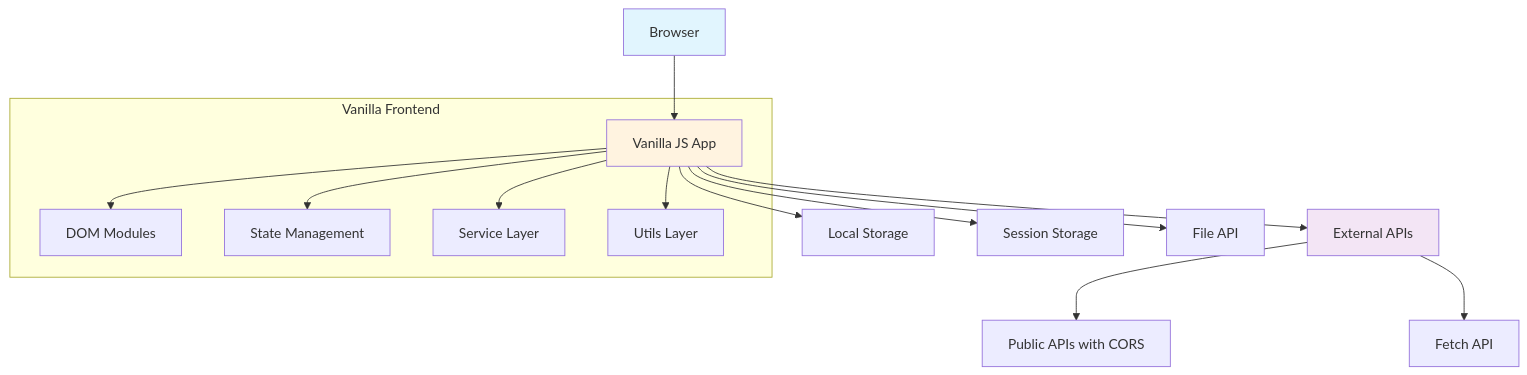
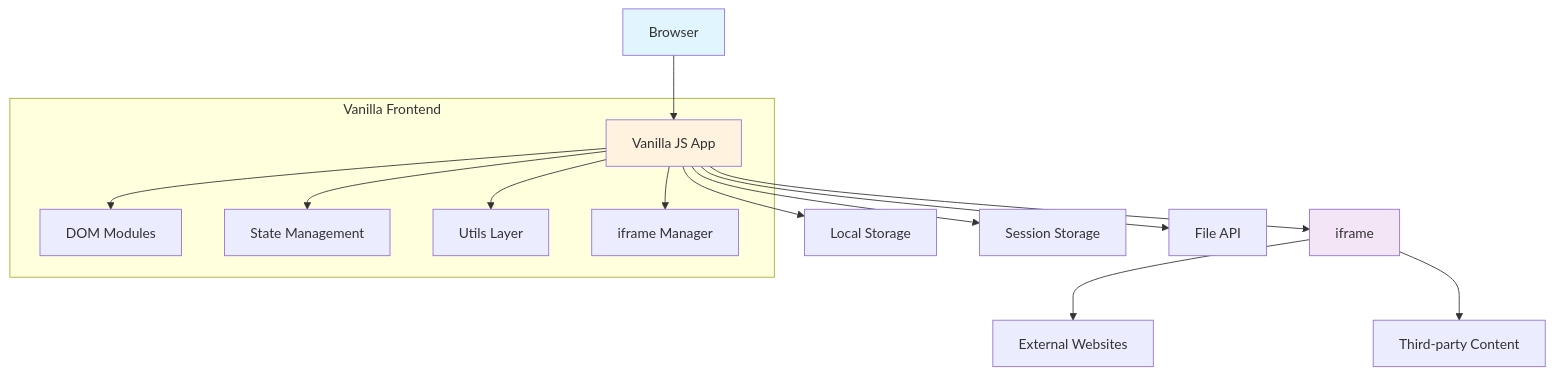
Before and after one commit to graf4ik322/TempSNI: the first of 11 diagrams in ARCHITECTURE_DIAGRAMS.md, drawn with Mermaid. The commit also changed other lines of this file and 5 other files, not shown here.

Commit message:
Replace API integration with iframe-based external content

````diff
--- a/ARCHITECTURE_DIAGRAMS.md
+++ b/ARCHITECTURE_DIAGRAMS.md
@@ -6,22 +6,22 @@
 ```mermaid
 graph TB
     A[Browser] --> B[Vanilla JS App]
     B --> C[Local Storage]
     B --> D[Session Storage]
     B --> E[File API]
-    B --> F[External APIs]
+    B --> F[iframe]
     
     subgraph "Vanilla Frontend"
         B --> G[DOM Modules]
         B --> H[State Management]
-        B --> I[Service Layer]
-        B --> J[Utils Layer]
+        B --> I[Utils Layer]
+        B --> J[iframe Manager]
     end
     
-    F --> K[Public APIs with CORS]
-    F --> L[Fetch API]
+    F --> K[External Websites]
+    F --> L[Third-party Content]
     
     style A fill:#e1f5fe
     style B fill:#fff3e0
     style F fill:#f3e5f5
 ```
````
